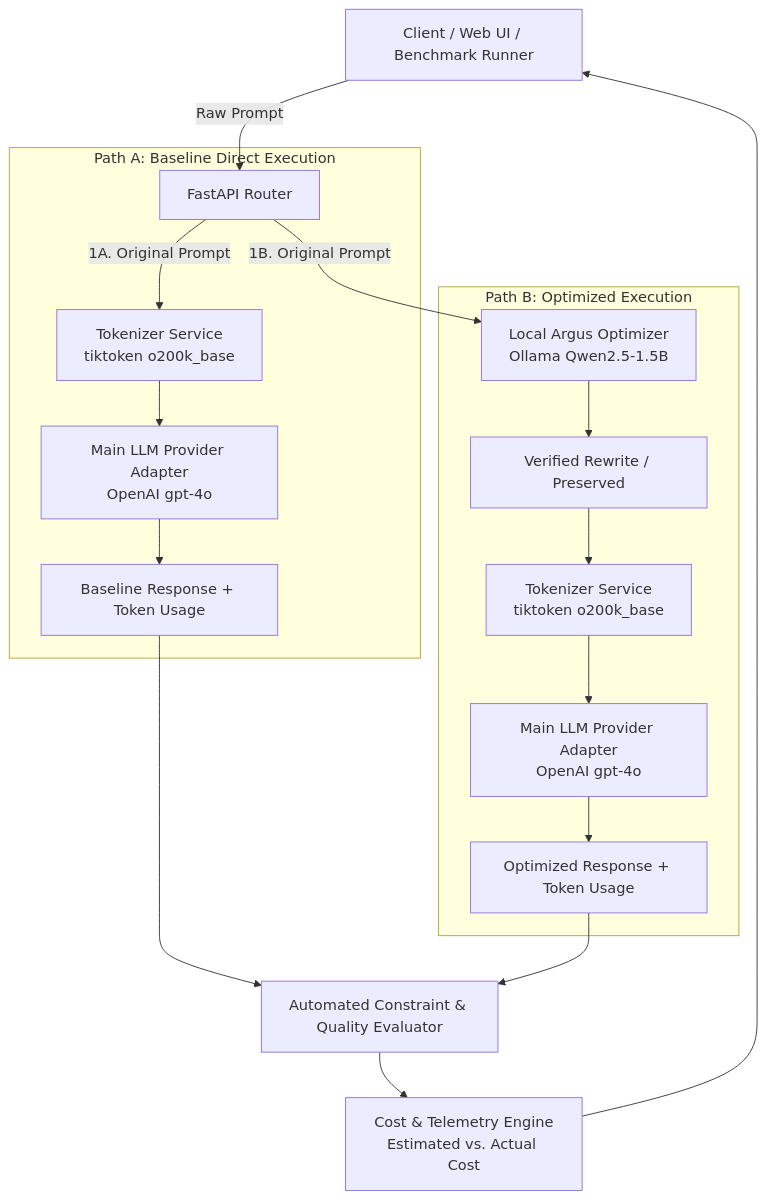
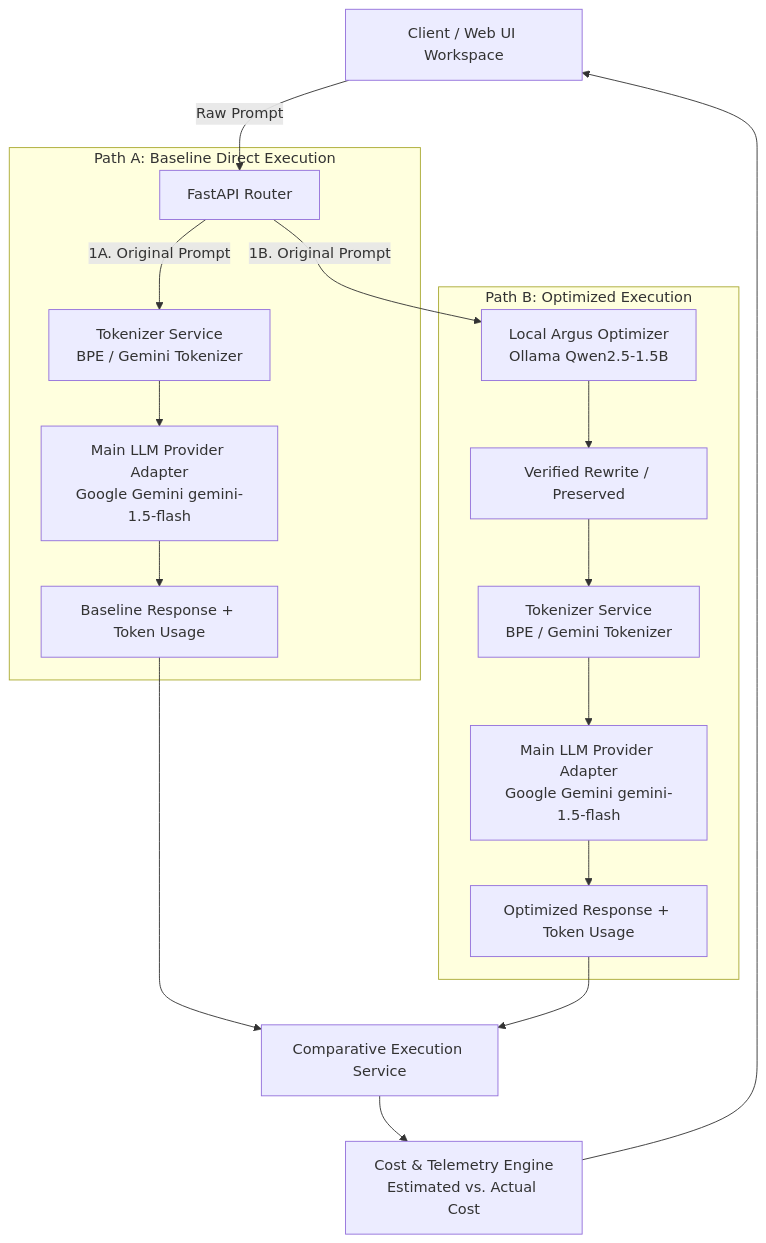
One commit to MK-KOUSHIK/argus changed the second of 2 diagrams in docs/architecture.md. Above: the diagram before and after it, drawn with Mermaid. The commit also changed other lines of this file and 32 other files, not shown here.

First line of the commit message:
Refactor: streamline workspace and status monitoring, clean benchmark suite

````diff
--- a/docs/architecture.md
+++ b/docs/architecture.md
@@ -70,23 +70,23 @@
 ```mermaid
 graph TD
-    Client[Client / Web UI / Benchmark Runner] -->|Raw Prompt| Router[FastAPI Router]
+    Client[Client / Web UI Workspace] -->|Raw Prompt| Router[FastAPI Router]
 
     subgraph Path A: Baseline Direct Execution
-        Router -->|1A. Original Prompt| TokenizerA[Tokenizer Service<br/>tiktoken o200k_base]
-        TokenizerA --> ProviderA[Main LLM Provider Adapter<br/>OpenAI gpt-4o]
+        Router -->|1A. Original Prompt| TokenizerA[Tokenizer Service<br/>BPE / Gemini Tokenizer]
+        TokenizerA --> ProviderA[Main LLM Provider Adapter<br/>Google Gemini gemini-1.5-flash]
         ProviderA --> ResponseA[Baseline Response + Token Usage]
     end
 
     subgraph Path B: Optimized Execution
         Router -->|1B. Original Prompt| LocalOpt[Local Argus Optimizer<br/>Ollama Qwen2.5-1.5B]
         LocalOpt --> Rewritten[Verified Rewrite / Preserved]
-        Rewritten --> TokenizerB[Tokenizer Service<br/>tiktoken o200k_base]
-        TokenizerB --> ProviderB[Main LLM Provider Adapter<br/>OpenAI gpt-4o]
+        Rewritten --> TokenizerB[Tokenizer Service<br/>BPE / Gemini Tokenizer]
+        TokenizerB --> ProviderB[Main LLM Provider Adapter<br/>Google Gemini gemini-1.5-flash]
         ProviderB --> ResponseB[Optimized Response + Token Usage]
     end
 
-    ResponseA --> Evaluator[Automated Constraint & Quality Evaluator]
-    ResponseB --> Evaluator
-    Evaluator --> CostEngine[Cost & Telemetry Engine<br/>Estimated vs. Actual Cost]
+    ResponseA --> ComparativeService[Comparative Execution Service]
+    ResponseB --> ComparativeService
+    ComparativeService --> CostEngine[Cost & Telemetry Engine<br/>Estimated vs. Actual Cost]
     CostEngine --> Client
 ```
````
